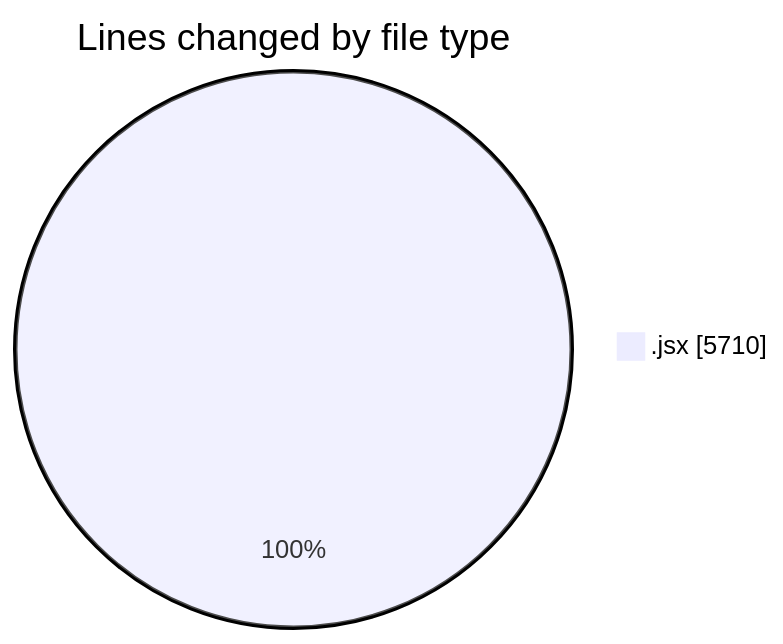
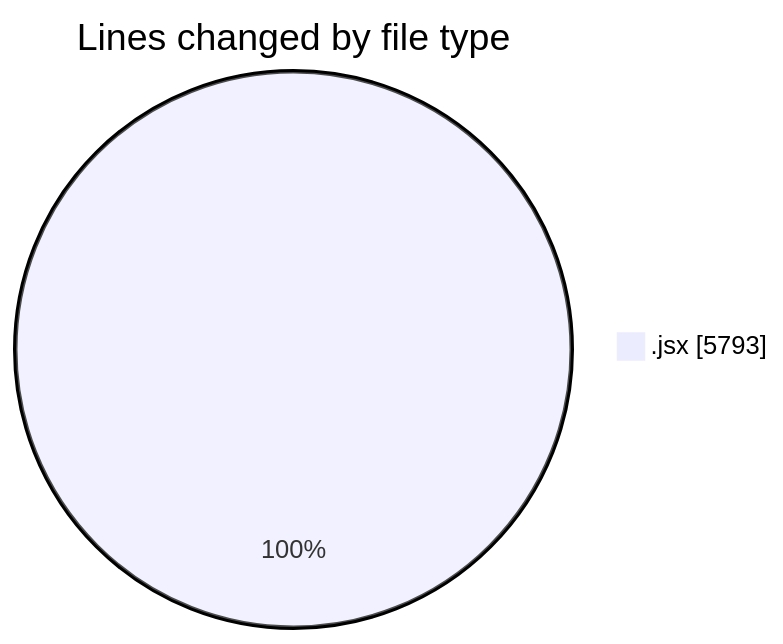
One commit to nxtqubesakshisongat/code-tracking changed the first of 2 diagrams in 2025-07-08/argos/README.md. Above: the diagram before and after it, drawn with Mermaid. The commit also changed other lines of this file and 1 other file, not shown here.

````diff
--- a/2025-07-08/argos/README.md
+++ b/2025-07-08/argos/README.md
@@ -26,5 +26,5 @@
 ```mermaid
 pie showData
 title Lines changed by file type
-".jsx" : 5710
+".jsx" : 5793
 ```
````
